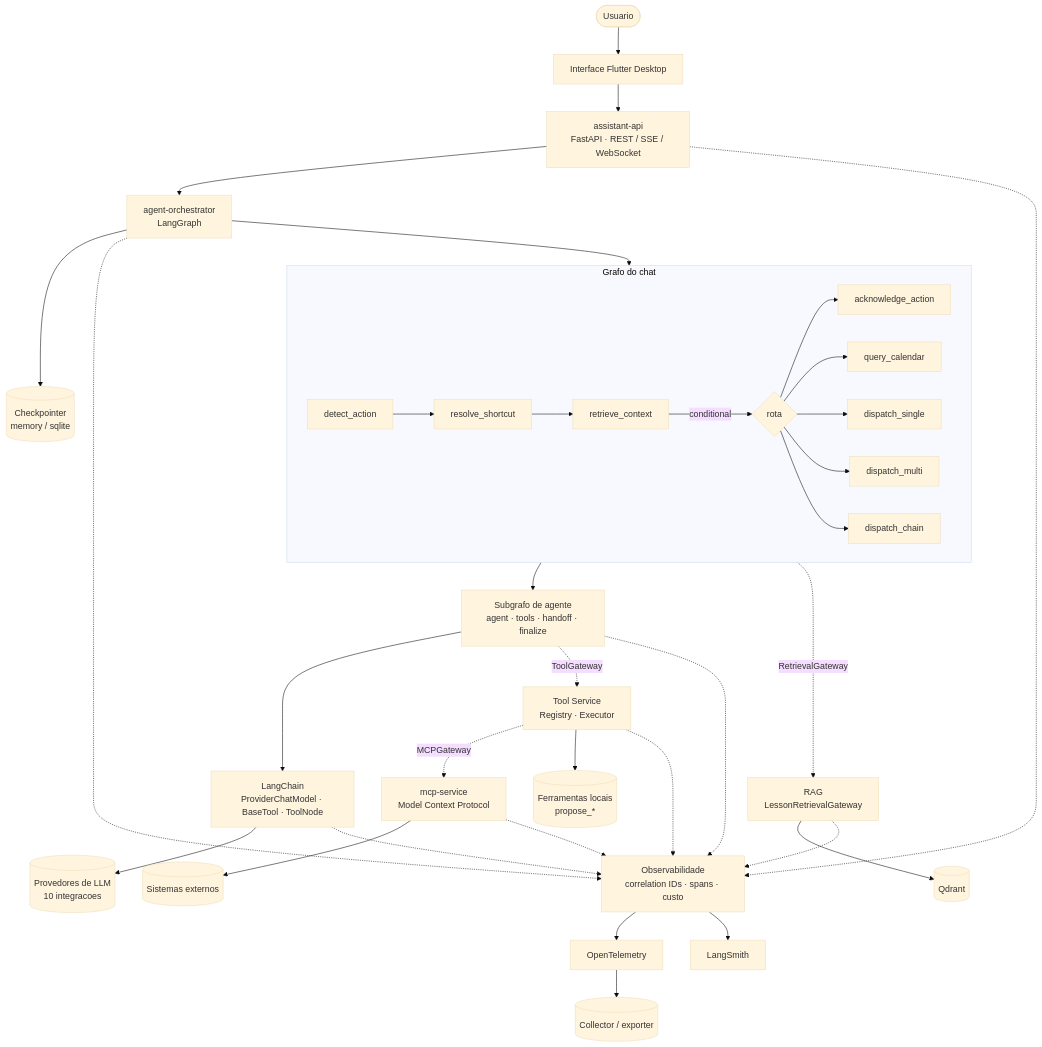
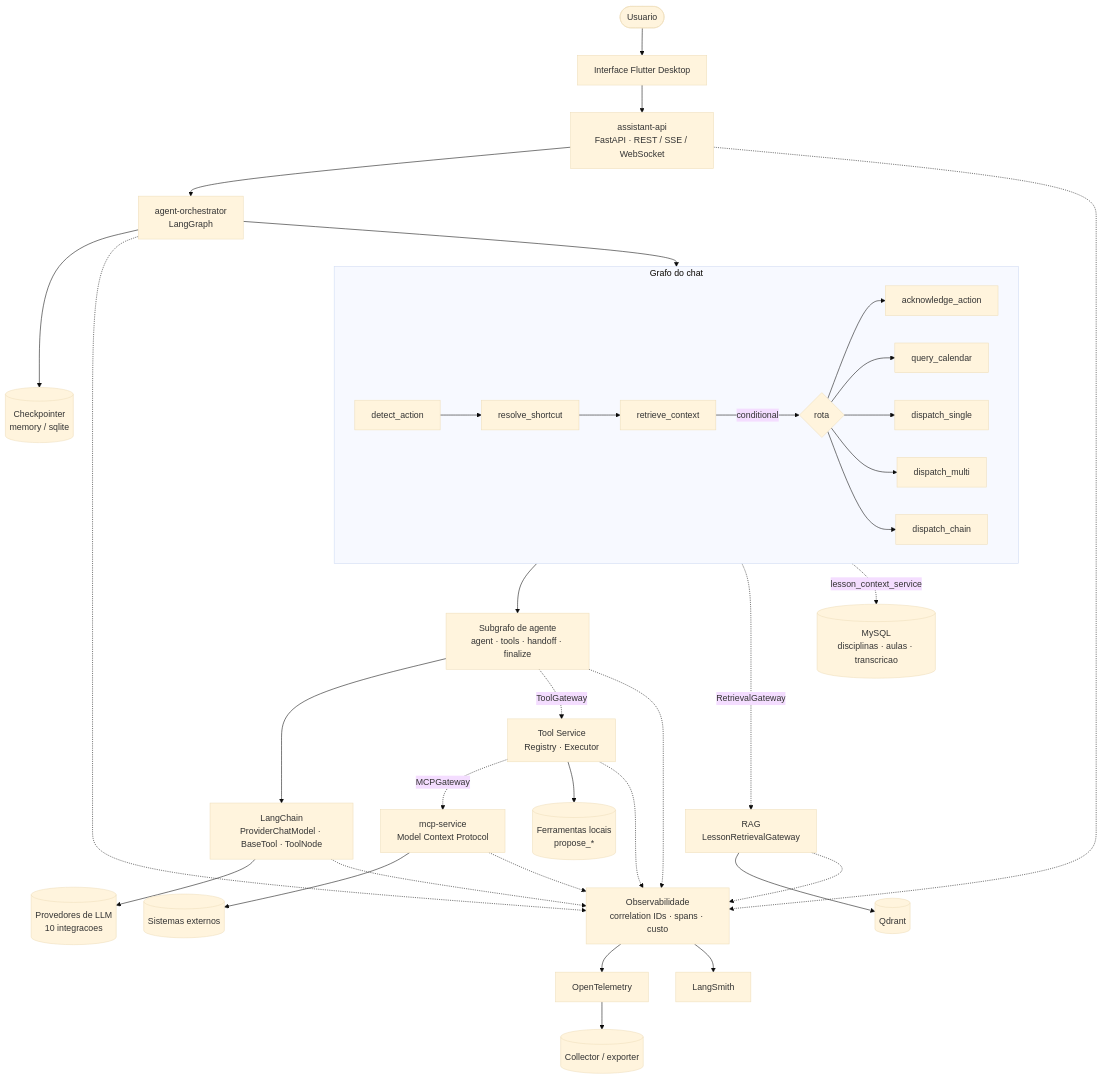
Before and after one commit to m4n1nh0/assistant_app: the first of 3 diagrams in docs/arquitetura-agentes.md, drawn with Mermaid (base theme). The commit also changed other lines of this file and 9 other files, not shown here.

````diff
--- a/docs/arquitetura-agentes.md
+++ b/docs/arquitetura-agentes.md
@@ -22,48 +22,49 @@
 ```mermaid
 flowchart TB
     User([Usuario]) --> UI[Interface Flutter Desktop]
     UI --> API[assistant-api<br/>FastAPI · REST / SSE / WebSocket]
 
     API --> ORCH[agent-orchestrator<br/>LangGraph]
 
     subgraph GRAPH[Grafo do chat]
         direction LR
         N1[detect_action] --> N2[resolve_shortcut]
         N2 --> N3[retrieve_context]
         N3 -->|conditional| N4{rota}
         N4 --> A1[acknowledge_action]
         N4 --> A2[query_calendar]
         N4 --> A3[dispatch_single]
         N4 --> A4[dispatch_multi]
         N4 --> A5[dispatch_chain]
     end
 
     ORCH --> GRAPH
     A3 --> SUB[Subgrafo de agente<br/>agent · tools · handoff · finalize]
 
     SUB --> LC[LangChain<br/>ProviderChatModel · BaseTool · ToolNode]
 
     SUB -.->|ToolGateway| TG[Tool Service<br/>Registry · Executor]
     N3 -.->|RetrievalGateway| RAG[RAG<br/>LessonRetrievalGateway]
+    N3 -.->|lesson_context_service| REL[(MySQL<br/>disciplinas · aulas · transcricao)]
 
     TG -.->|MCPGateway| MCP[mcp-service<br/>Model Context Protocol]
     MCP --> EXT[(Sistemas externos)]
     TG --> LOCAL[(Ferramentas locais<br/>propose_*)]
 
     LC --> PROV[(Provedores de LLM<br/>10 integracoes)]
     RAG --> QD[(Qdrant)]
     ORCH --> CKPT[(Checkpointer<br/>memory / sqlite)]
 
     API -.-> OBS
     ORCH -.-> OBS
     SUB -.-> OBS
     TG -.-> OBS
     MCP -.-> OBS
     LC -.-> OBS
     RAG -.-> OBS
 
     OBS[Observabilidade<br/>correlation IDs · spans · custo]
     OBS --> OTEL[OpenTelemetry]
     OBS --> LS[LangSmith]
     OTEL --> COLL[(Collector / exporter)]
 ```
````
